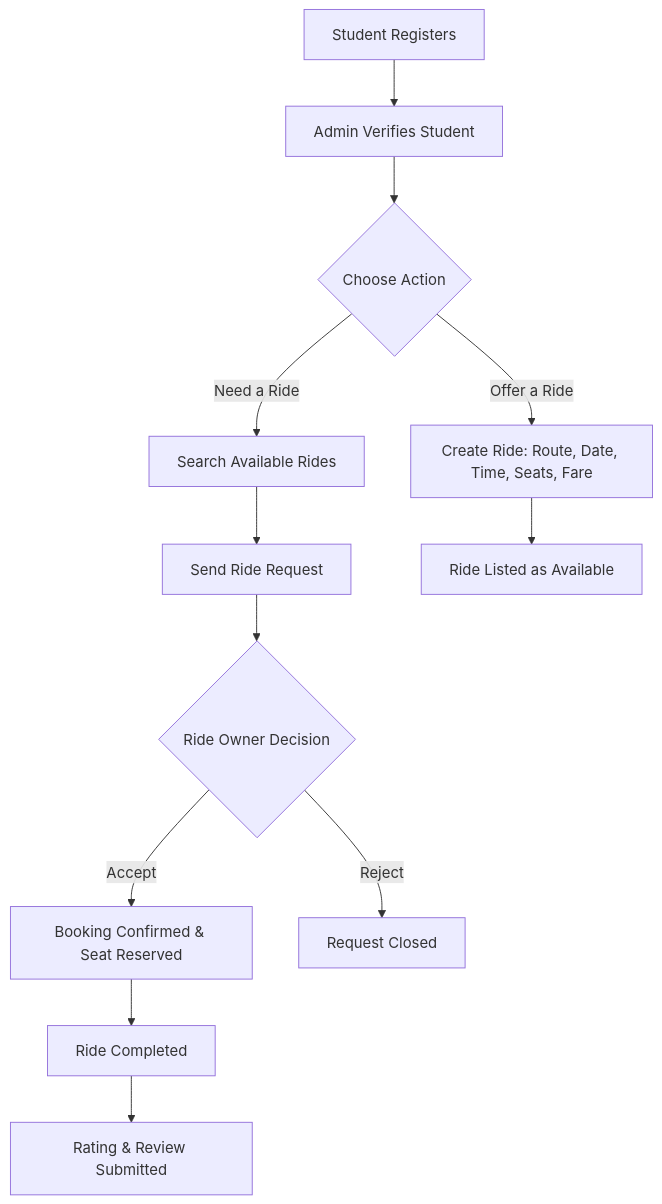
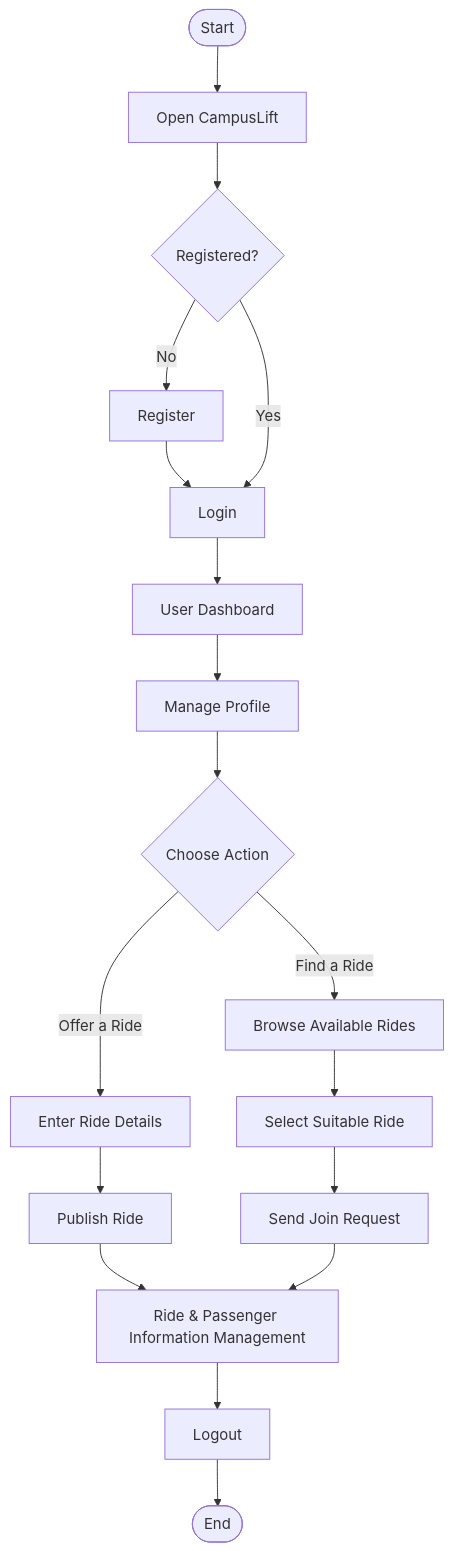
The first of 2 diagrams in README.md (mostakahmmedratul/69_I-Campus-Lift), drawn with Mermaid before and after one commit. The commit also changed other lines of this file, not shown here.

````diff
--- a/README.md
+++ b/README.md
@@ -83,14 +111,23 @@
 ```mermaid
 flowchart TD
-    A[Student Registers] --> B[Admin Verifies Student]
-    B --> C{Choose Action}
-    C -->|Offer a Ride| D[Create Ride: Route, Date, Time, Seats, Fare]
-    C -->|Need a Ride| E[Search Available Rides]
-    E --> F[Send Ride Request]
-    D --> G[Ride Listed as Available]
-    F --> H{Ride Owner Decision}
-    H -->|Accept| I[Booking Confirmed & Seat Reserved]
-    H -->|Reject| J[Request Closed]
-    I --> K[Ride Completed]
-    K --> L[Rating & Review Submitted]
+    A([Start]) --> B[Open CampusLift]
+    B --> C{Registered?}
+    C -- No --> D[Register]
+    D --> E[Login]
+    C -- Yes --> E[Login]
+    E --> F[User Dashboard]
+    F --> G[Manage Profile]
+    G --> H{Choose Action}
+
+    H -- Offer a Ride --> I[Enter Ride Details]
+    I --> J[Publish Ride]
+    J --> M[Ride & Passenger Information Management]
+
+    H -- Find a Ride --> K[Browse Available Rides]
+    K --> L[Select Suitable Ride]
+    L --> N[Send Join Request]
+    N --> M
+
+    M --> O[Logout]
+    O --> P([End])
 ```
````
